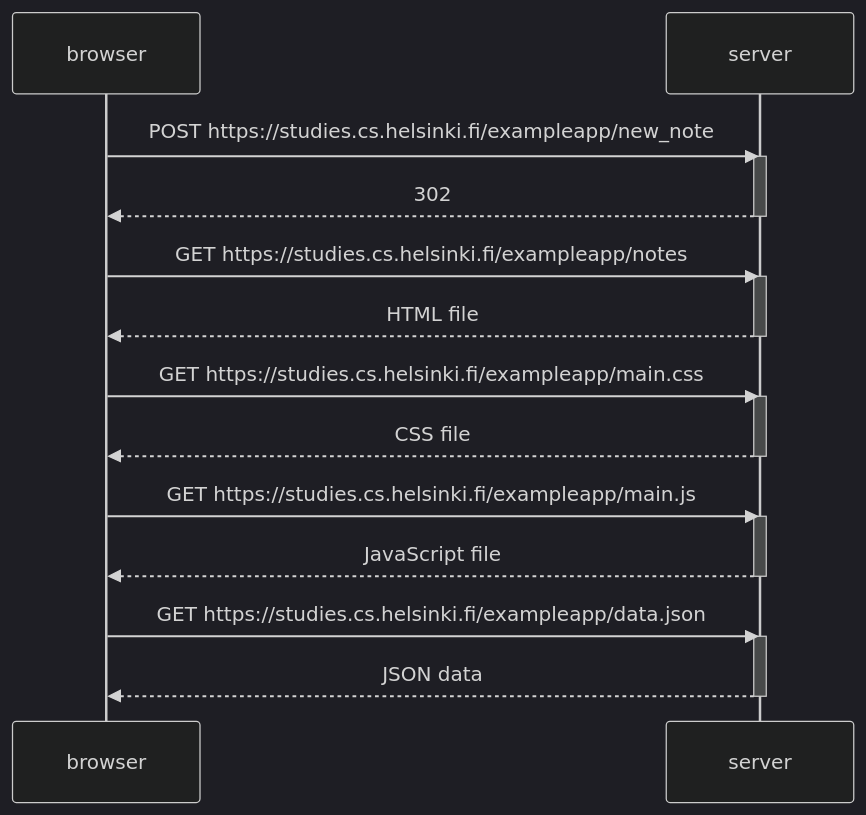
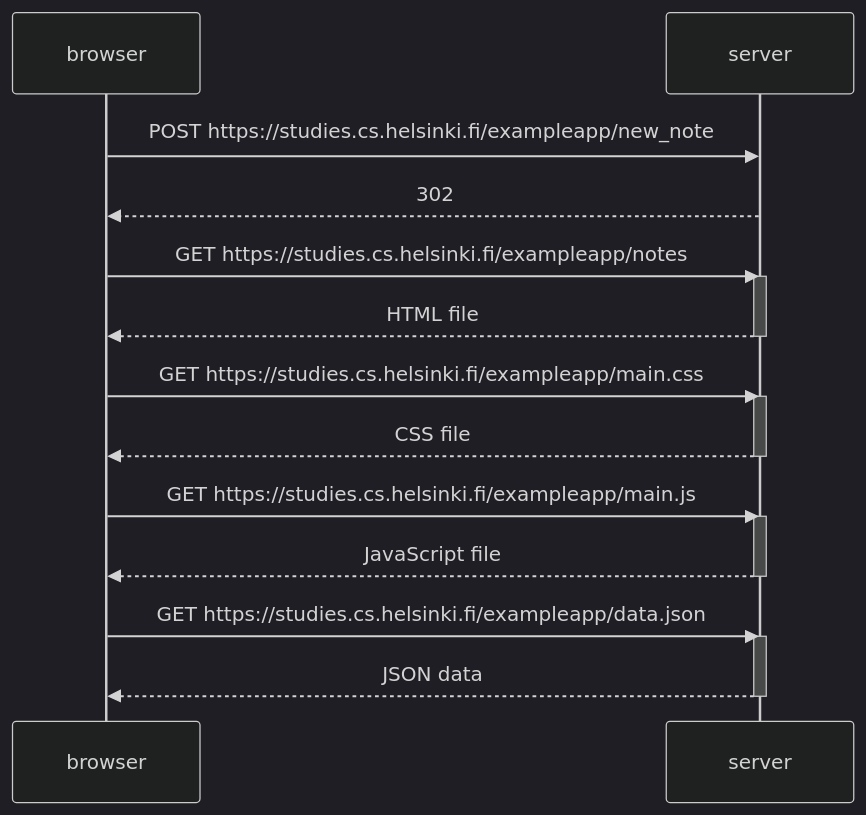
Before and after one commit to djordje-timotijevic/full-stack-open: the diagram in part0/submit_new_note_diagram.md, drawn with Mermaid (dark theme).

````diff
--- a/part0/submit_new_note_diagram.md
+++ b/part0/submit_new_note_diagram.md
@@ -1,30 +1,30 @@
 ```mermaid
 sequenceDiagram
     participant browser
     participant server
 
     browser->>server: POST https://studies.cs.helsinki.fi/exampleapp/new_note
-    activate server
+    
     server-->>browser: 302
-    deactivate server
+    
 
     browser->>server: GET https://studies.cs.helsinki.fi/exampleapp/notes
     activate server
     server-->>browser: HTML file
     deactivate server
     
     browser->>server: GET https://studies.cs.helsinki.fi/exampleapp/main.css
     activate server
     server-->>browser: CSS file
     deactivate server
 
     browser->>server: GET https://studies.cs.helsinki.fi/exampleapp/main.js
     activate server
     server-->>browser: JavaScript file
     deactivate server
 
     browser->>server: GET https://studies.cs.helsinki.fi/exampleapp/data.json
     activate server
     server-->>browser: JSON data
     deactivate server
 ```
````
